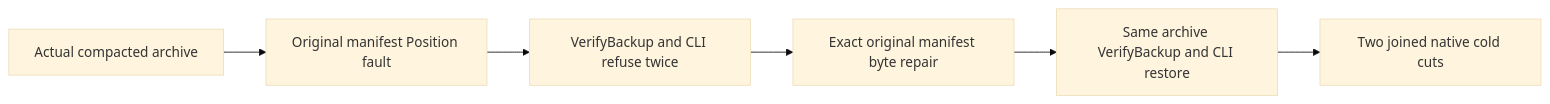
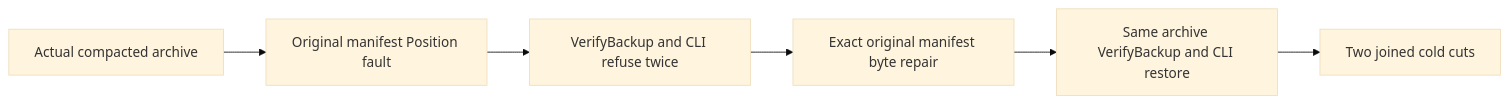
Before and after one commit to managedcode/KeyLoad: the eighth of 13 diagrams in docs/Features/BackupRestore.md, drawn with Mermaid (base theme). The commit also changed other lines of this file and 9016 other files, not shown here.

````diff
--- a/docs/Features/BackupRestore.md
+++ b/docs/Features/BackupRestore.md
@@ -295,8 +295,8 @@
 ```mermaid
 flowchart LR
   A[Actual compacted archive] --> B[Original manifest Position fault]
   B --> C[VerifyBackup and CLI refuse twice]
   C --> D[Exact original manifest byte repair]
   D --> E[Same archive VerifyBackup and CLI restore]
-  E --> F[Two joined native cold cuts]
+  E --> F[Two joined cold cuts]
 ```
````
